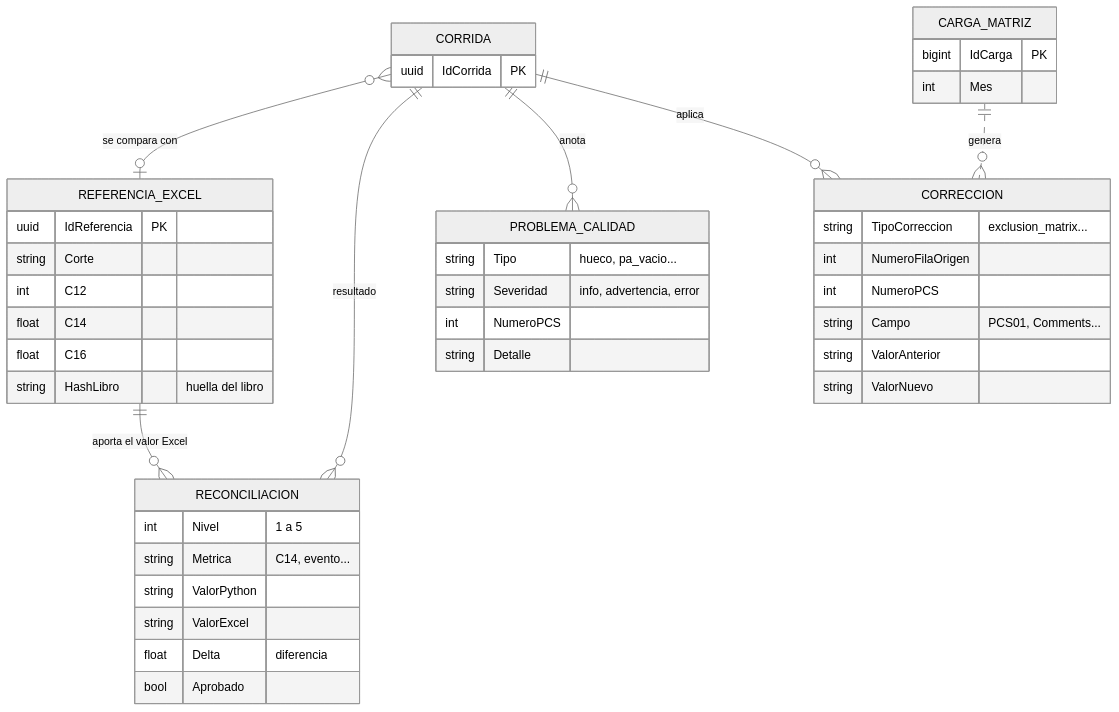
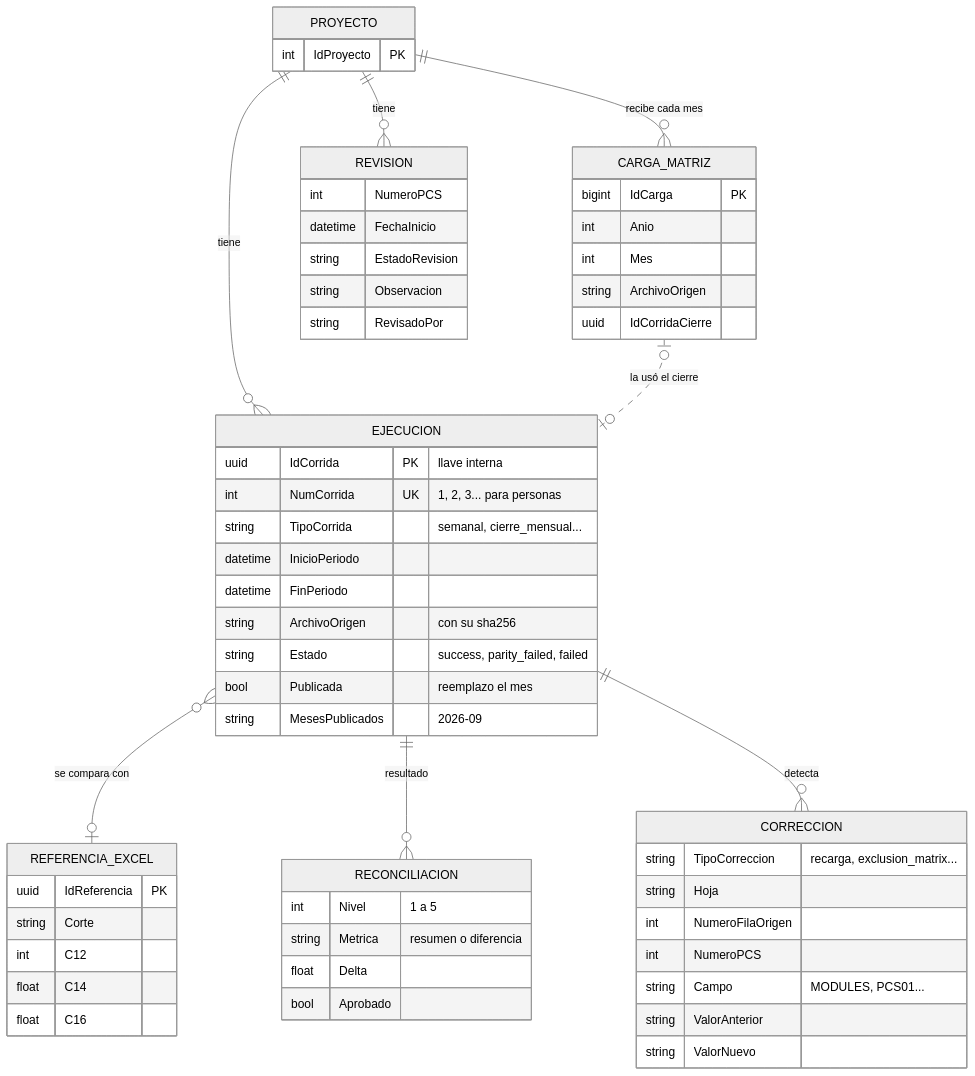
The fifth of 6 diagrams in docs/modelo-datos.md (franciscobarrientoscaceres/ETL_Arena), drawn with Mermaid before and after one commit. The commit also changed other lines of this file and 45 other files, not shown here.

````diff
--- a/docs/modelo-datos.md
+++ b/docs/modelo-datos.md
@@ -301,48 +259,62 @@
 ```mermaid
 %%{init: {'theme':'neutral'}}%%
 erDiagram
-    CORRIDA }o--o| REFERENCIA_EXCEL : "se compara con"
-    CORRIDA ||--o{ RECONCILIACION : "resultado"
-    REFERENCIA_EXCEL ||--o{ RECONCILIACION : "aporta el valor Excel"
-    CORRIDA ||--o{ PROBLEMA_CALIDAD : "anota"
-    CORRIDA ||--o{ CORRECCION : "aplica"
-    CARGA_MATRIZ ||..o{ CORRECCION : "genera"
+    PROYECTO ||--o{ EJECUCION : "tiene"
+    EJECUCION }o--o| REFERENCIA_EXCEL : "se compara con"
+    EJECUCION ||--o{ RECONCILIACION : "resultado"
+    EJECUCION ||--o{ CORRECCION : "detecta"
+    PROYECTO ||--o{ CARGA_MATRIZ : "recibe cada mes"
+    CARGA_MATRIZ |o..o| EJECUCION : "la usó el cierre"
+    PROYECTO ||--o{ REVISION : "tiene"
 
-    CORRIDA {
-        uuid IdCorrida PK
+    PROYECTO {
+        int IdProyecto PK
+    }
+    EJECUCION {
+        uuid IdCorrida PK "llave interna"
+        int NumCorrida UK "1, 2, 3... para personas"
+        string TipoCorrida "semanal, cierre_mensual..."
+        datetime InicioPeriodo
+        datetime FinPeriodo
+        string ArchivoOrigen "con su sha256"
+        string Estado "success, parity_failed, failed"
+        bool Publicada "reemplazo el mes"
+        string MesesPublicados "2026-09"
     }
     REFERENCIA_EXCEL {
         uuid IdReferencia PK
         string Corte
         int C12
         float C14
         float C16
-        string HashLibro "huella del libro"
     }
     RECONCILIACION {
         int Nivel "1 a 5"
-        string Metrica "C14, evento..."
-        string ValorPython
-        string ValorExcel
-        float Delta "diferencia"
+        string Metrica "resumen o diferencia"
+        float Delta
         bool Aprobado
     }
-    PROBLEMA_CALIDAD {
-        string Tipo "hueco, pa_vacio..."
-        string Severidad "info, advertencia, error"
-        int NumeroPCS
-        string Detalle
-    }
     CORRECCION {
-        string TipoCorreccion "exclusion_matrix..."
+        string TipoCorreccion "recarga, exclusion_matrix..."
+        string Hoja
         int NumeroFilaOrigen
         int NumeroPCS
-        string Campo "PCS01, Comments..."
+        string Campo "MODULES, PCS01..."
         string ValorAnterior
         string ValorNuevo
     }
     CARGA_MATRIZ {
         bigint IdCarga PK
+        int Anio
         int Mes
+        string ArchivoOrigen
+        uuid IdCorridaCierre
+    }
+    REVISION {
+        int NumeroPCS
+        datetime FechaInicio
+        string EstadoRevision
+        string Observacion
+        string RevisadoPor
     }
 ```
````
